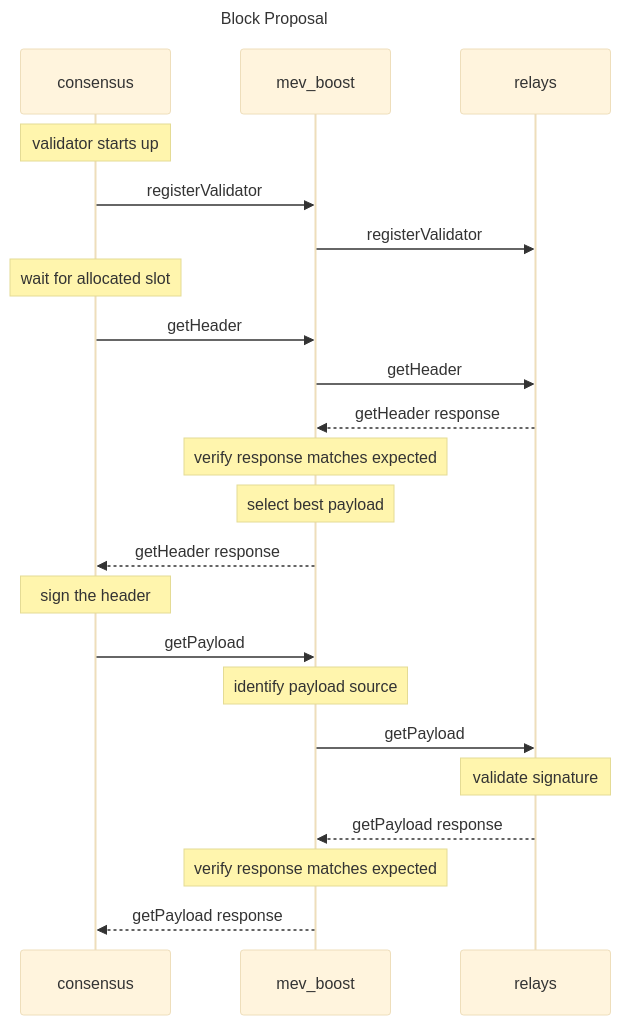
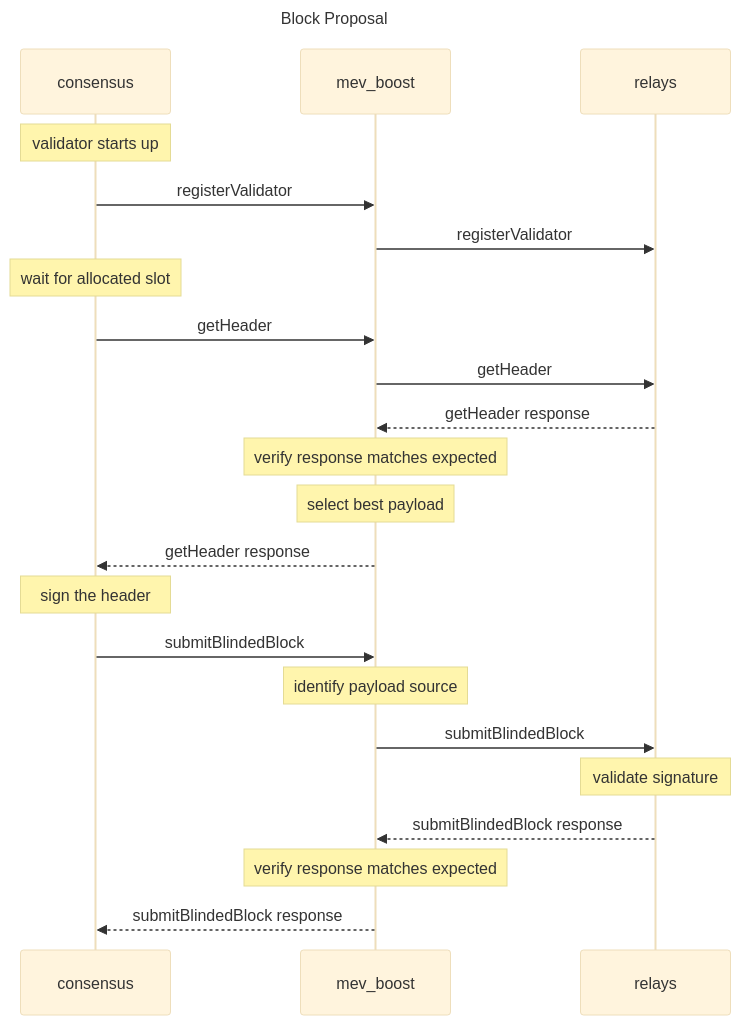
One commit to flashbots/mev-boost changed the diagram in README.md. Above: the diagram before and after it, drawn with Mermaid (base theme). The commit also changed other lines of this file and 2 other files, not shown here.

````diff
--- a/README.md
+++ b/README.md
@@ -114,25 +131,25 @@
 ```mermaid
 sequenceDiagram
     participant consensus
     participant mev_boost
     participant relays
     Title: Block Proposal
     Note over consensus: validator starts up
     consensus->>mev_boost: registerValidator
     mev_boost->>relays: registerValidator
     Note over consensus: wait for allocated slot
     consensus->>mev_boost: getHeader
     mev_boost->>relays: getHeader
     relays-->>mev_boost: getHeader response
     Note over mev_boost: verify response matches expected
     Note over mev_boost: select best payload
     mev_boost-->>consensus: getHeader response
     Note over consensus: sign the header
-    consensus->>mev_boost: getPayload
+    consensus->>mev_boost: submitBlindedBlock
     Note over mev_boost: identify payload source
-    mev_boost->>relays: getPayload
+    mev_boost->>relays: submitBlindedBlock
     Note over relays: validate signature
-    relays-->>mev_boost: getPayload response
+    relays-->>mev_boost: submitBlindedBlock response
     Note over mev_boost: verify response matches expected
-    mev_boost-->>consensus: getPayload response
+    mev_boost-->>consensus: submitBlindedBlock response
 ```
````
